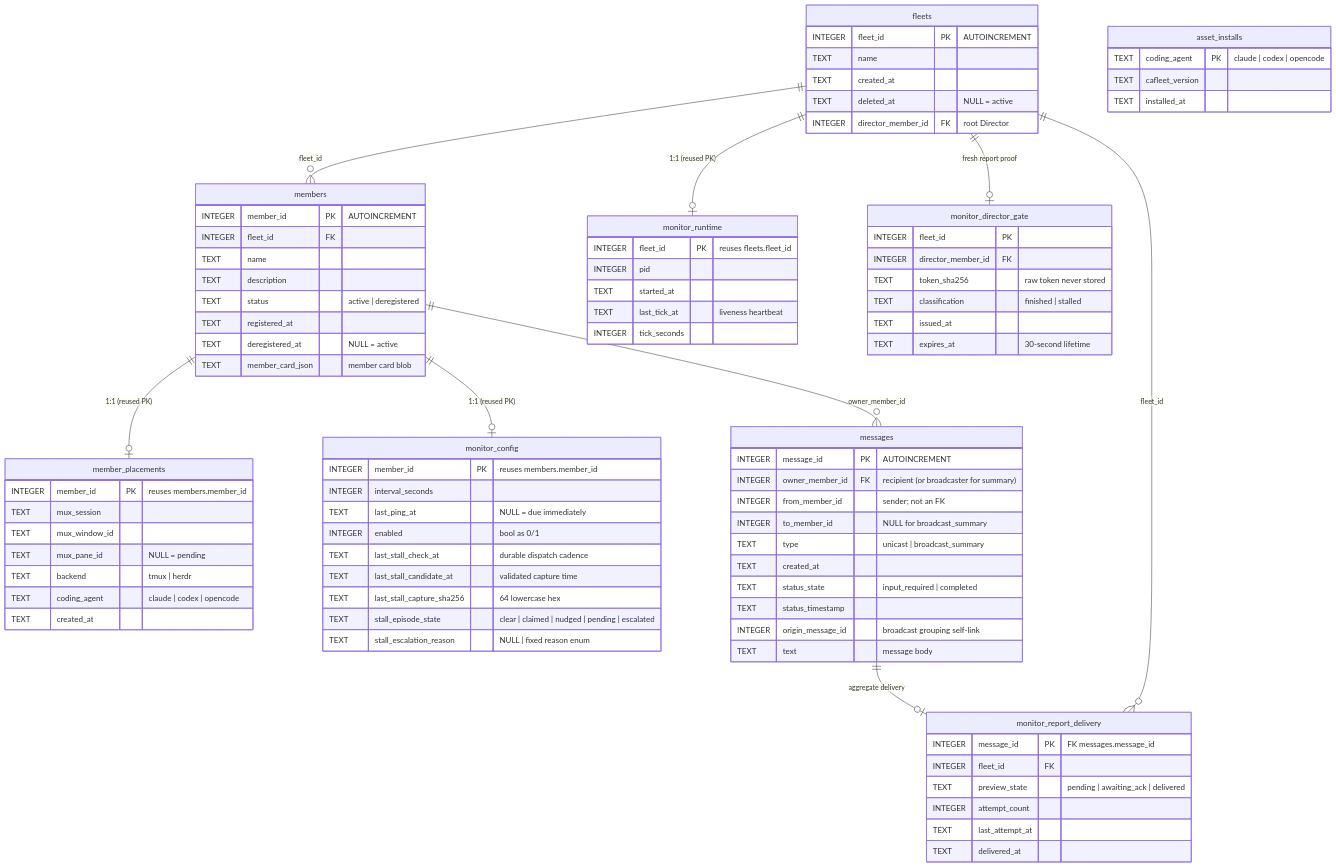
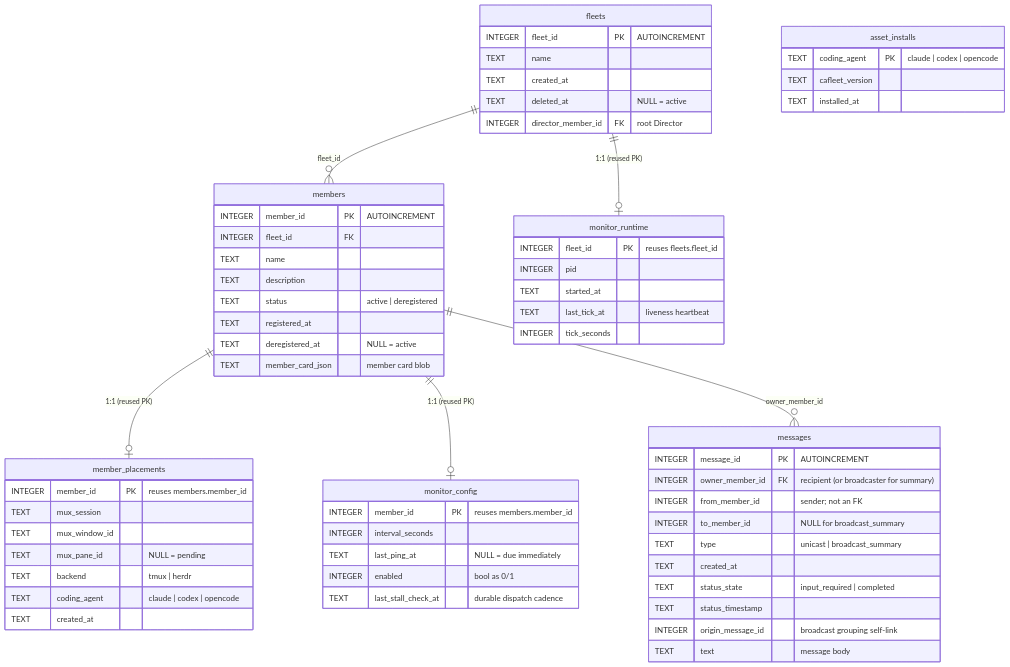
The diagram in docs/spec/data-model.md (himkt/cafleet), drawn with Mermaid before and after one commit. The commit also changed other lines of this file and 30 other files, not shown here.

````diff
--- a/docs/spec/data-model.md
+++ b/docs/spec/data-model.md
@@ -21,9 +21,6 @@
     members ||--o| member_placements : "1:1 (reused PK)"
     members ||--o| monitor_config : "1:1 (reused PK)"
     members ||--o{ messages : "owner_member_id"
-    messages ||--o| monitor_report_delivery : "aggregate delivery"
-    fleets ||--o{ monitor_report_delivery : "fleet_id"
-    fleets ||--o| monitor_director_gate : "fresh report proof"
 
     fleets {
         INTEGER fleet_id PK "AUTOINCREMENT"
@@ -69,10 +66,6 @@
         TEXT last_ping_at "NULL = due immediately"
         INTEGER enabled "bool as 0/1"
         TEXT last_stall_check_at "durable dispatch cadence"
-        TEXT last_stall_candidate_at "validated capture time"
-        TEXT last_stall_capture_sha256 "64 lowercase hex"
-        TEXT stall_episode_state "clear | claimed | nudged | pending | escalated"
-        TEXT stall_escalation_reason "NULL | fixed reason enum"
     }
     monitor_runtime {
         INTEGER fleet_id PK "reuses fleets.fleet_id"
@@ -86,20 +79,4 @@
         TEXT cafleet_version
         TEXT installed_at
     }
-    monitor_report_delivery {
-        INTEGER message_id PK "FK messages.message_id"
-        INTEGER fleet_id FK
-        TEXT preview_state "pending | awaiting_ack | delivered"
-        INTEGER attempt_count
-        TEXT last_attempt_at
-        TEXT delivered_at
-    }
-    monitor_director_gate {
-        INTEGER fleet_id PK
-        INTEGER director_member_id FK
-        TEXT token_sha256 "raw token never stored"
-        TEXT classification "finished | stalled"
-        TEXT issued_at
-        TEXT expires_at "30-second lifetime"
-    }
 ```
````
